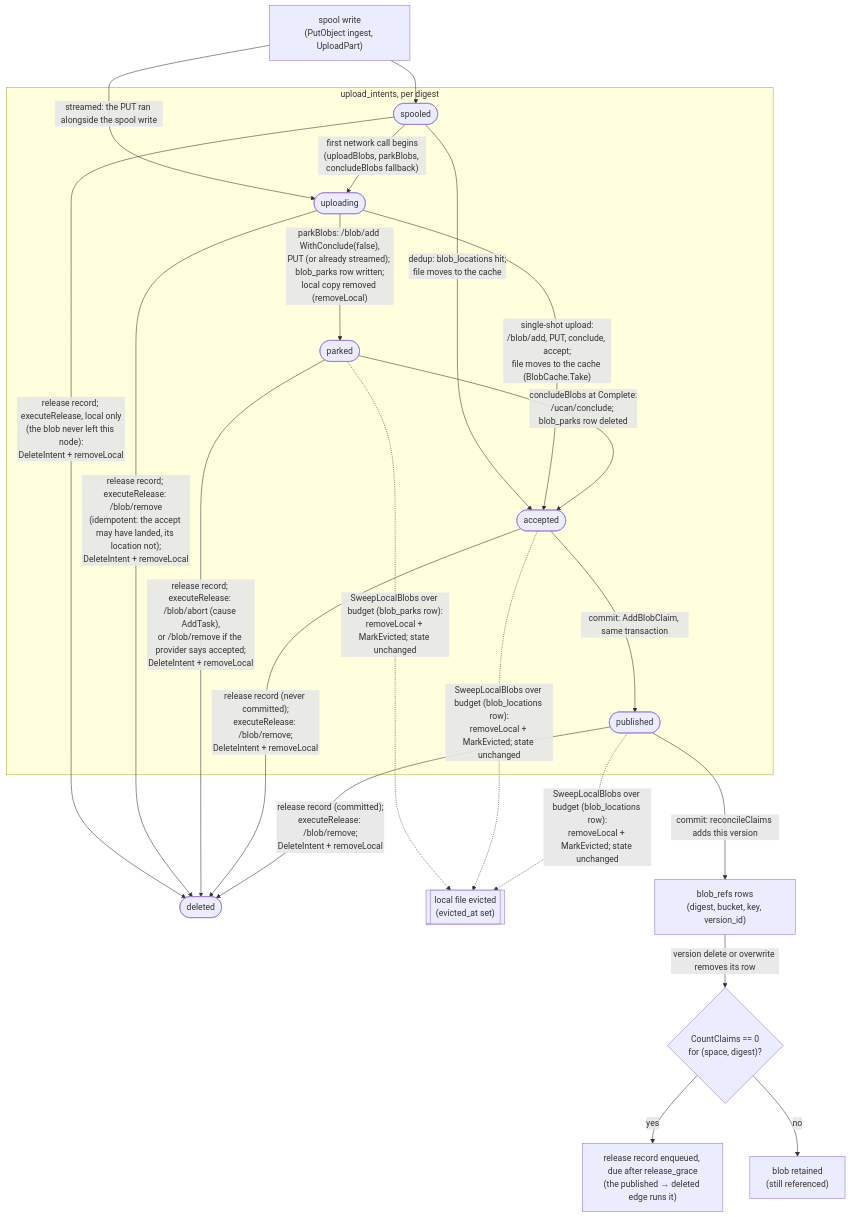
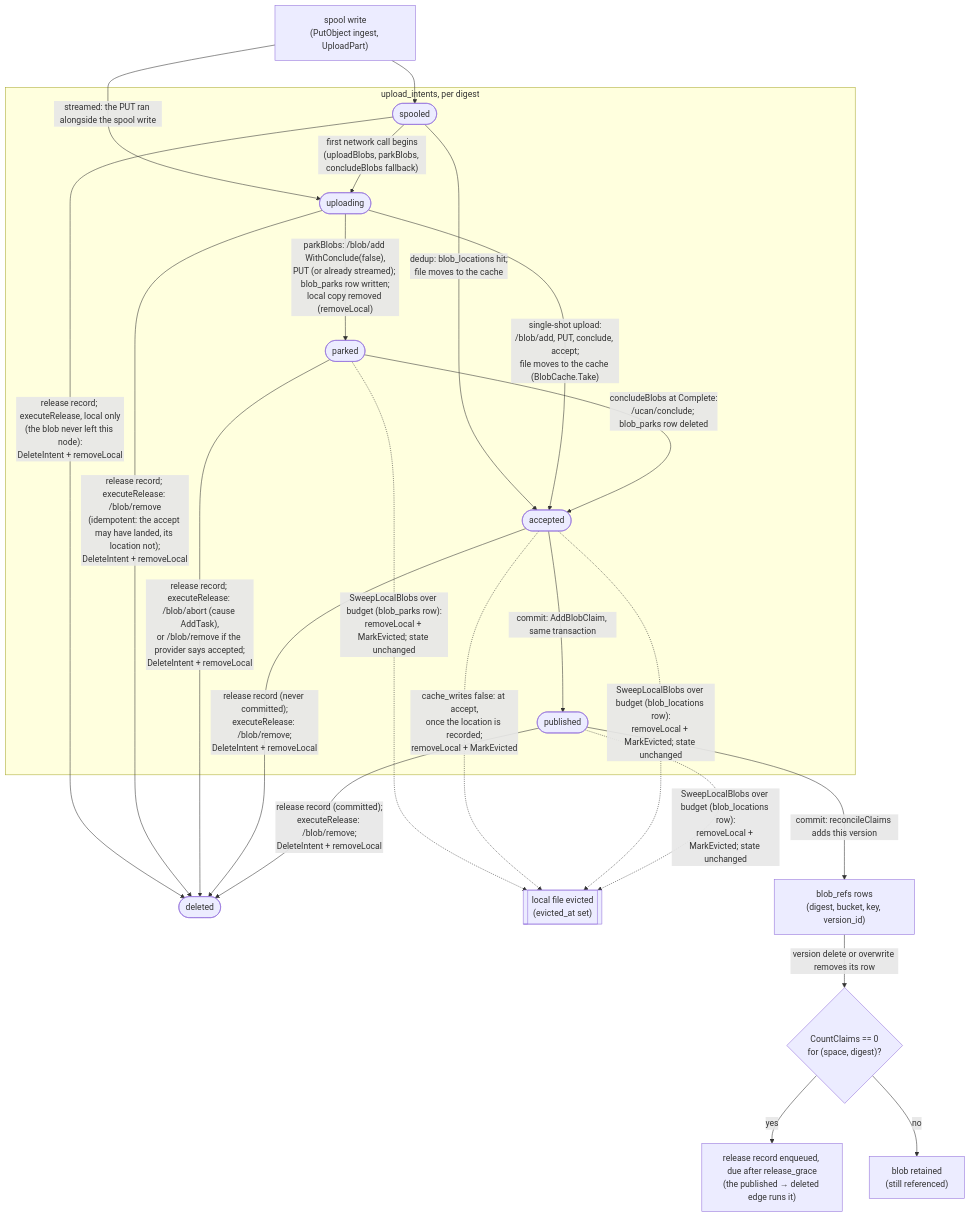
One commit to fil-forge/ingot changed the eighth of 14 diagrams in docs/diagrams.md. Above: the diagram before and after it, drawn with Mermaid. The commit also changed other lines of this file and 19 other files, not shown here.

First line of the commit message:
Add cache_writes, to keep no written bodies

````diff
--- a/docs/diagrams.md
+++ b/docs/diagrams.md
@@ -558,34 +558,35 @@
 ```mermaid
 flowchart TB
     W["spool write<br/>(PutObject ingest, UploadPart)"] --> spooled
     W -->|"streamed: the PUT ran alongside the spool write"| uploading
 
     subgraph intents["upload_intents, per digest"]
         spooled([spooled])
         uploading([uploading])
         parked([parked])
         accepted([accepted])
         published([published])
     end
 
     spooled -->|"dedup: blob_locations hit;<br/>file moves to the cache"| accepted
     spooled -->|"first network call begins<br/>(uploadBlobs, parkBlobs, concludeBlobs fallback)"| uploading
     uploading -->|"single-shot upload:<br/>/blob/add, PUT, conclude, accept;<br/>file moves to the cache (BlobCache.Take)"| accepted
     uploading -->|"parkBlobs: /blob/add WithConclude(false),<br/>PUT (or already streamed); blob_parks row written;<br/>local copy removed (removeLocal)"| parked
     parked -->|"concludeBlobs at Complete:<br/>/ucan/conclude; blob_parks row deleted"| accepted
     spooled -->|"release record; executeRelease, local only<br/>(the blob never left this node):<br/>DeleteIntent + removeLocal"| gone([deleted])
     uploading -->|"release record; executeRelease: /blob/remove<br/>(idempotent: the accept may have landed, its location not);<br/>DeleteIntent + removeLocal"| gone
     parked -->|"release record; executeRelease: /blob/abort (cause AddTask),<br/>or /blob/remove if the provider says accepted;<br/>DeleteIntent + removeLocal"| gone
     accepted -->|"release record (never committed);<br/>executeRelease: /blob/remove;<br/>DeleteIntent + removeLocal"| gone
     published -->|"release record (committed);<br/>executeRelease: /blob/remove;<br/>DeleteIntent + removeLocal"| gone
 
     accepted -->|"commit: AddBlobClaim, same transaction"| published
 
     parked -.->|"SweepLocalBlobs over budget (blob_parks row):<br/>removeLocal + MarkEvicted; state unchanged"| evicted[["local file evicted<br/>(evicted_at set)"]]
+    accepted -.->|"cache_writes false: at accept,<br/>once the location is recorded;<br/>removeLocal + MarkEvicted"| evicted
     accepted -.->|"SweepLocalBlobs over budget (blob_locations row):<br/>removeLocal + MarkEvicted; state unchanged"| evicted
     published -.->|"SweepLocalBlobs over budget (blob_locations row):<br/>removeLocal + MarkEvicted; state unchanged"| evicted
     published -->|"commit: reconcileClaims adds this version"| refs["blob_refs rows<br/>(digest, bucket, key, version_id)"]
     refs -->|"version delete or overwrite removes its row"| zero{"CountClaims == 0<br/>for (space, digest)?"}
     zero -->|yes| rel["release record enqueued, due after release_grace<br/>(the published → deleted edge runs it)"]
     zero -->|no| keep["blob retained<br/>(still referenced)"]
 ```
````
